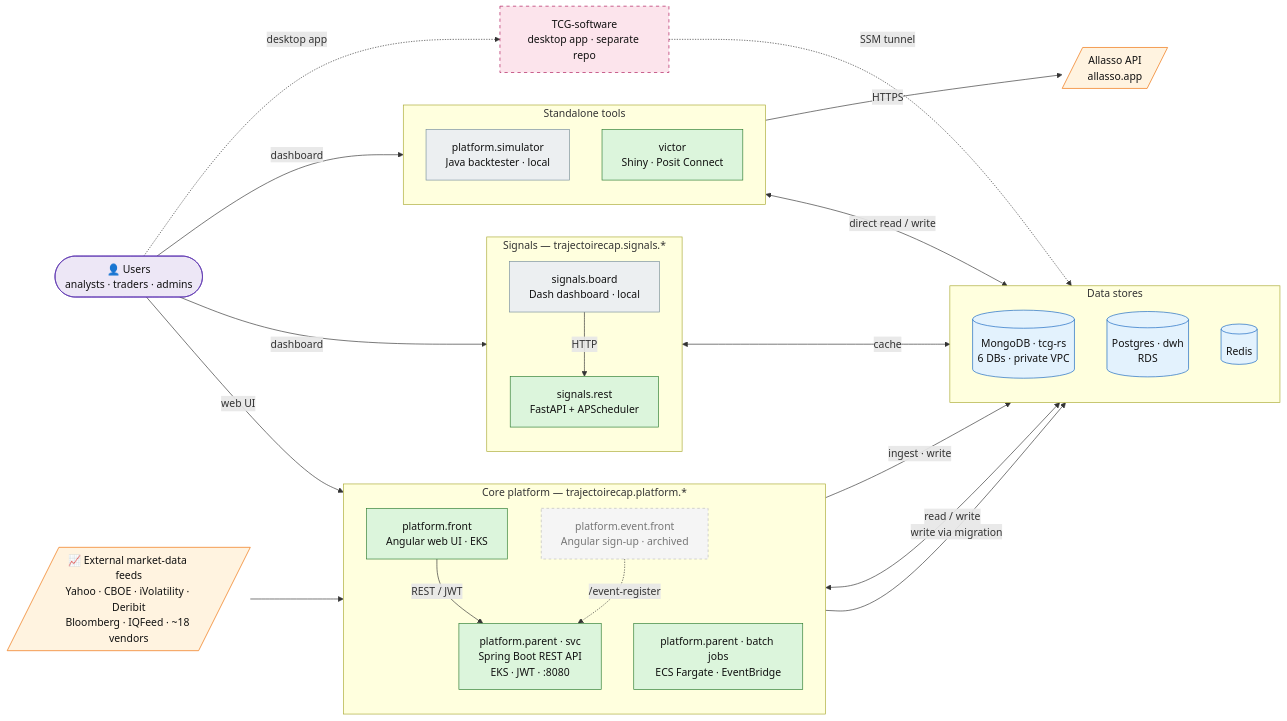
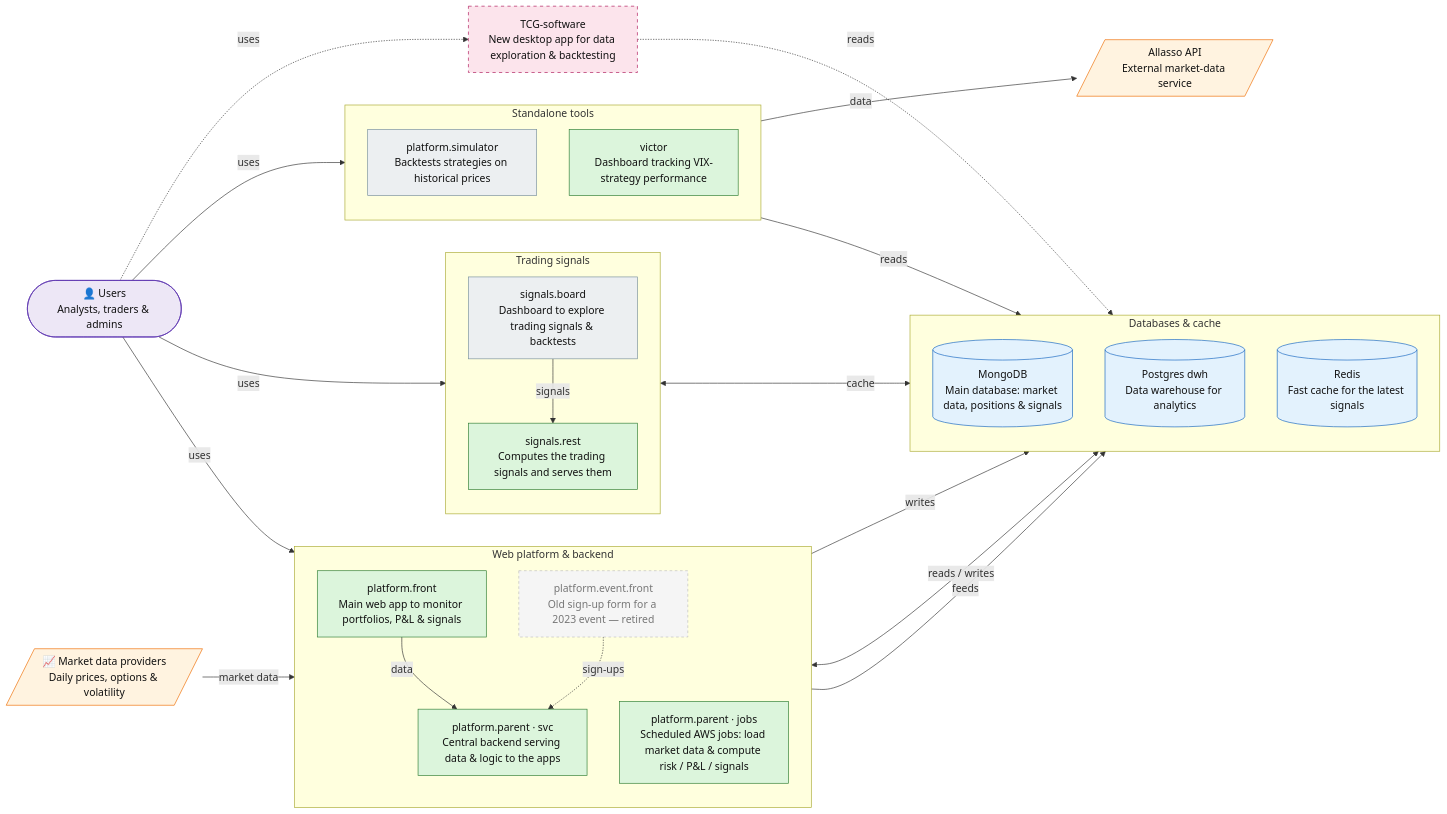
The diagram in README.md (Gaellosada/TCG-documentation), drawn with Mermaid before and after one commit. The commit also changed other lines of this file, not shown here.

Commit message:
docs: rewrite system-map diagram in plain language for newcomers
Each box now states what the component does and why it exists (one short
sentence) instead of stack/port/deploy detail; edges simplified to plain
verbs. Technical detail remains in the per-folder docs and the detailed
system map below.

````diff
--- a/README.md
+++ b/README.md
@@ -7,71 +7,71 @@
 ```mermaid
 flowchart LR
-    user(["👤 Users<br/>analysts · traders · admins"])
-    feeds[/"📈 External market-data feeds<br/>Yahoo · CBOE · iVolatility · Deribit<br/>Bloomberg · IQFeed · ~18 vendors"/]
-    allasso[/"Allasso API<br/>allasso.app"/]
+    user(["👤 Users<br/>Analysts, traders & admins"])
+    feeds[/"📈 Market data providers<br/>Daily prices, options & volatility"/]
+    allasso[/"Allasso API<br/>External market-data service"/]
 
-    subgraph platform["Core platform — trajectoirecap.platform.*"]
+    subgraph platform["Web platform & backend"]
         direction TB
-        front["platform.front<br/>Angular web UI · EKS"]
-        eventfront["platform.event.front<br/>Angular sign-up · archived"]
-        svc["platform.parent · svc<br/>Spring Boot REST API<br/>EKS · JWT · :8080"]
-        jobs["platform.parent · batch jobs<br/>ECS Fargate · EventBridge"]
+        front["platform.front<br/>Main web app to monitor portfolios, P&L & signals"]
+        eventfront["platform.event.front<br/>Old sign-up form for a 2023 event — retired"]
+        svc["platform.parent · svc<br/>Central backend serving data & logic to the apps"]
+        jobs["platform.parent · jobs<br/>Scheduled AWS jobs: load market data & compute risk / P&L / signals"]
     end
 
-    subgraph signals["Signals — trajectoirecap.signals.*"]
+    subgraph signals["Trading signals"]
         direction TB
-        board["signals.board<br/>Dash dashboard · local"]
-        rest["signals.rest<br/>FastAPI + APScheduler"]
+        board["signals.board<br/>Dashboard to explore trading signals & backtests"]
+        rest["signals.rest<br/>Computes the trading signals and serves them"]
     end
 
     subgraph standalone["Standalone tools"]
         direction TB
-        sim["platform.simulator<br/>Java backtester · local"]
-        victor["victor<br/>Shiny · Posit Connect"]
+        sim["platform.simulator<br/>Backtests strategies on historical prices"]
+        victor["victor<br/>Dashboard tracking VIX-strategy performance"]
     end
 
-    tcgsw["TCG-software<br/>desktop app · separate repo"]
+    tcgsw["TCG-software<br/>New desktop app for data exploration & backtesting"]
 
-    subgraph stores["Data stores"]
+    subgraph stores["Databases & cache"]
         direction TB
-        mongo[("MongoDB · tcg-rs<br/>6 DBs · private VPC")]
-        dwh[("Postgres · dwh<br/>RDS")]
-        redis[("Redis")]
+        mongo[("MongoDB<br/>Main database: market data, positions & signals")]
+        dwh[("Postgres dwh<br/>Data warehouse for analytics")]
+        redis[("Redis<br/>Fast cache for the latest signals")]
     end
 
-    user -->|"web UI"| front
-    user -->|"dashboard"| board
-    user -->|"dashboard"| victor
-    user -.->|"desktop app"| tcgsw
+    user -->|"uses"| front
+    user -->|"uses"| board
+    user -->|"uses"| victor
+    user -.->|"uses"| tcgsw
 
-    front -->|"REST / JWT"| svc
-    eventfront -.->|"/event-register"| svc
+    front -->|"data"| svc
+    eventfront -.->|"sign-ups"| svc
 
-    feeds --> jobs
-    jobs -->|"ingest · write"| mongo
-    svc <-->|"read / write"| mongo
-    svc -->|"write via migration"| dwh
+    feeds -->|"market data"| jobs
+    jobs -->|"writes"| mongo
+    svc <-->|"reads / writes"| mongo
+    svc -->|"feeds"| dwh
 
-    board -->|"HTTP"| rest
+    board -->|"signals"| rest
     rest <-->|"cache"| redis
 
-    sim <-->|"direct read / write"| mongo
-    victor -->|"HTTPS"| allasso
-    tcgsw -.->|"SSM tunnel"| mongo
+    sim -->|"reads"| mongo
+    victor -->|"data"| allasso
+    tcgsw -.->|"reads"| mongo
 
     classDef live fill:#dcf5dc,stroke:#2e7d32,color:#111;
     classDef localtool fill:#eceff1,stroke:#78909c,color:#111;
     classDef archived fill:#f5f5f5,stroke:#bdbdbd,color:#777,stroke-dasharray:4 4;
     classDef store fill:#e3f2fd,stroke:#1565c0,color:#111;
     classDef ext fill:#fff3e0,stroke:#ef6c00,color:#111;
     classDef actor fill:#ede7f6,stroke:#5e35b1,color:#111;
     classDef dev fill:#fce4ec,stroke:#ad1457,color:#111,stroke-dasharray:5 5;
 
     class front,svc,jobs,rest,victor live;
     class board,sim localtool;
     class eventfront archived;
     class mongo,dwh,redis store;
     class feeds,allasso ext;
     class user actor;
     class tcgsw dev;
 ```
````
